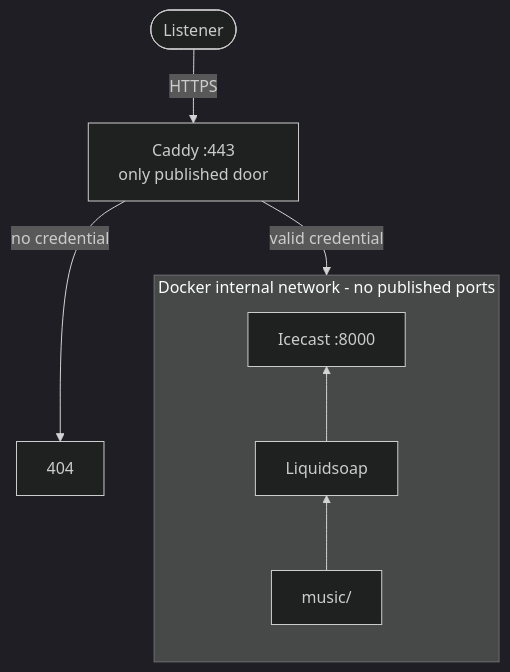
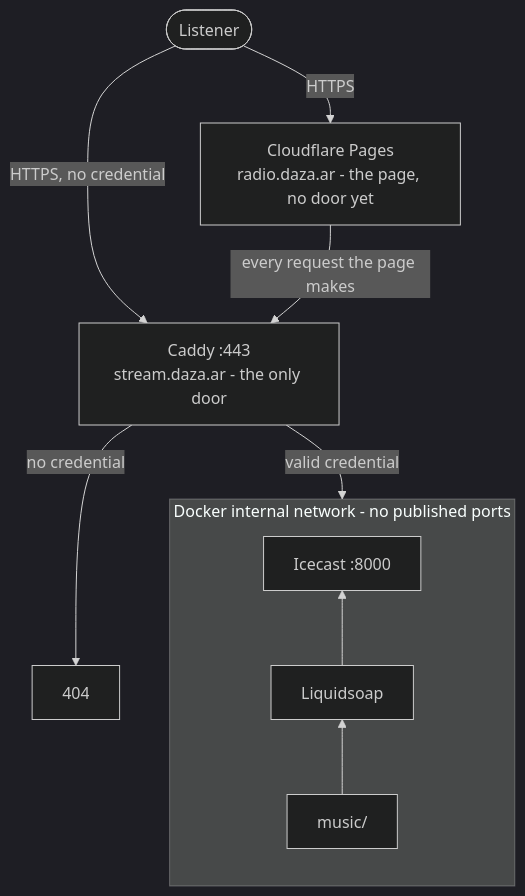
One commit to The-Replacement/radio changed the first of 2 diagrams in README.md. Above: the diagram before and after it, drawn with Mermaid (dark theme). The commit also changed other lines of this file and 1 other file, not shown here.

First line of the commit message:
test(smoke): the second door, measured (S5, F-02)

````diff
--- a/README.md
+++ b/README.md
@@ -164,14 +177,17 @@
 ```mermaid
 flowchart TB
     O(["Listener"])
-    C["Caddy :443<br/>only published door"]
-    O -->|"HTTPS"| C
+    P["Cloudflare Pages<br/>radio.daza.ar - the page, no door yet"]
+    C["Caddy :443<br/>stream.daza.ar - the only door"]
+    O -->|"HTTPS"| P
+    O -->|"HTTPS, no credential"| C
     C -->|"no credential"| N["404"]
+    P -->|"every request the page makes"| C
 
     subgraph interno["Docker internal network - no published ports"]
         direction BT
         M["music/"] --> L["Liquidsoap"] --> I["Icecast :8000"]
     end
 
     C -->|"valid credential"| I
 ```
````
